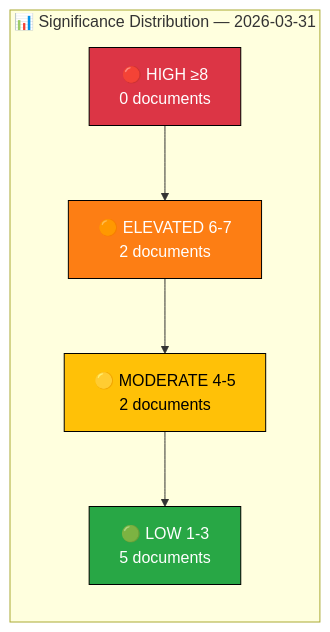
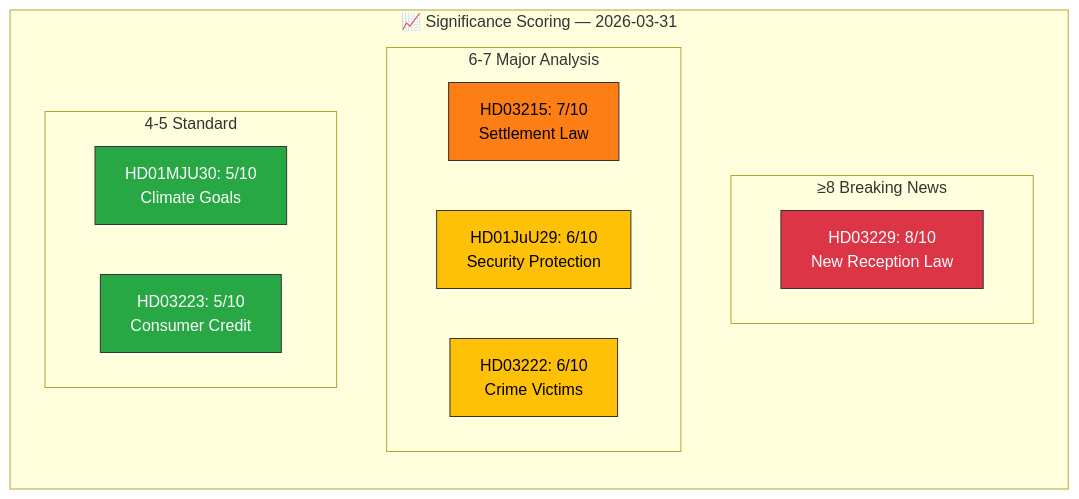
Before and after one commit to Hack23/riksdagsmonitor: the diagram in analysis/daily/2026-03-31/significance-scoring.md, drawn with Mermaid. The commit also changed other lines of this file and 22 other files, not shown here.

First line of the commit message:
🔴 Breaking: Sweden Launches Major Migration Reform Package - 2026-03-31

````diff
--- a/analysis/daily/2026-03-31/significance-scoring.md
+++ b/analysis/daily/2026-03-31/significance-scoring.md
@@ -32,14 +16,24 @@
 ```mermaid
 graph LR
-    subgraph "📊 Significance Distribution — 2026-03-31"
-        HIGH["🔴 HIGH ≥8<br/>0 documents"]
-        ELEVATED["🟠 ELEVATED 6-7<br/>2 documents"]
-        MODERATE["🟡 MODERATE 4-5<br/>2 documents"]
-        LOW["🟢 LOW 1-3<br/>5 documents"]
+    subgraph "📈 Significance Scoring — 2026-03-31"
+        subgraph "≥8 Breaking News"
+            D1["HD03229: 8/10<br/>New Reception Law"]
+        end
+        subgraph "6-7 Major Analysis"
+            D2["HD03215: 7/10<br/>Settlement Law"]
+            D3["HD01JuU29: 6/10<br/>Security Protection"]
+            D4["HD03222: 6/10<br/>Crime Victims"]
+        end
+        subgraph "4-5 Standard"
+            D5["HD01MJU30: 5/10<br/>Climate Goals"]
+            D6["HD03223: 5/10<br/>Consumer Credit"]
+        end
     end
-    HIGH --> ELEVATED --> MODERATE --> LOW
-    style HIGH fill:#dc3545,stroke:#000,color:#fff
-    style ELEVATED fill:#fd7e14,stroke:#000,color:#fff
-    style MODERATE fill:#ffc107,stroke:#000,color:#000
-    style LOW fill:#28a745,stroke:#000,color:#fff
+
+    style D1 fill:#dc3545,stroke:#333,color:#fff
+    style D2 fill:#fd7e14,stroke:#333,color:#000
+    style D3 fill:#ffc107,stroke:#333,color:#000
+    style D4 fill:#ffc107,stroke:#333,color:#000
+    style D5 fill:#28a745,stroke:#333,color:#fff
+    style D6 fill:#28a745,stroke:#333,color:#fff
 ```
````
